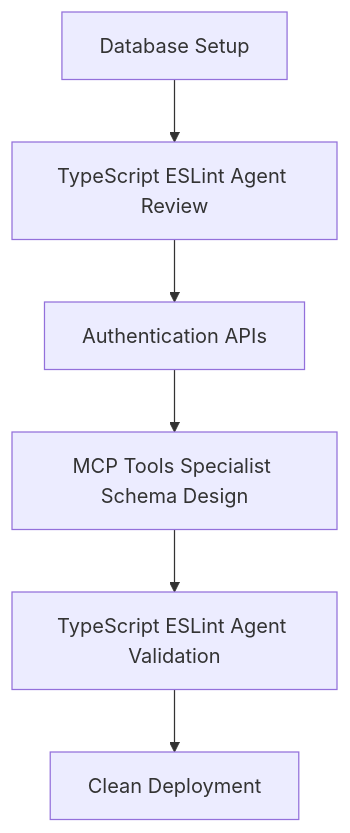
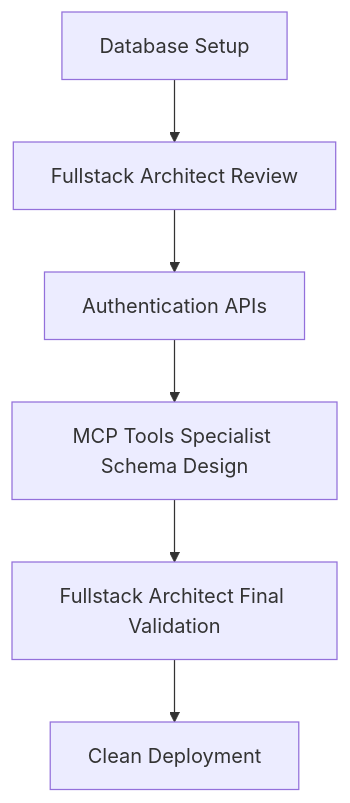
One commit to missgemma415/work-payroll-project changed the first of 2 diagrams in ProjectTasks.md. Above: the diagram before and after it, drawn with Mermaid. The commit also changed other lines of this file and 15 other files, not shown here.

````diff
--- a/ProjectTasks.md
+++ b/ProjectTasks.md
@@ -393,7 +394,7 @@
 ```mermaid
 graph TD
-    A[Database Setup] --> B[TypeScript ESLint Agent Review]
+    A[Database Setup] --> B[Fullstack Architect Review]
     B --> C[Authentication APIs] --> D[MCP Tools Specialist Schema Design]
-    D --> E[TypeScript ESLint Agent Validation]
+    D --> E[Fullstack Architect Final Validation]
     E --> F[Clean Deployment]
 ```
````
